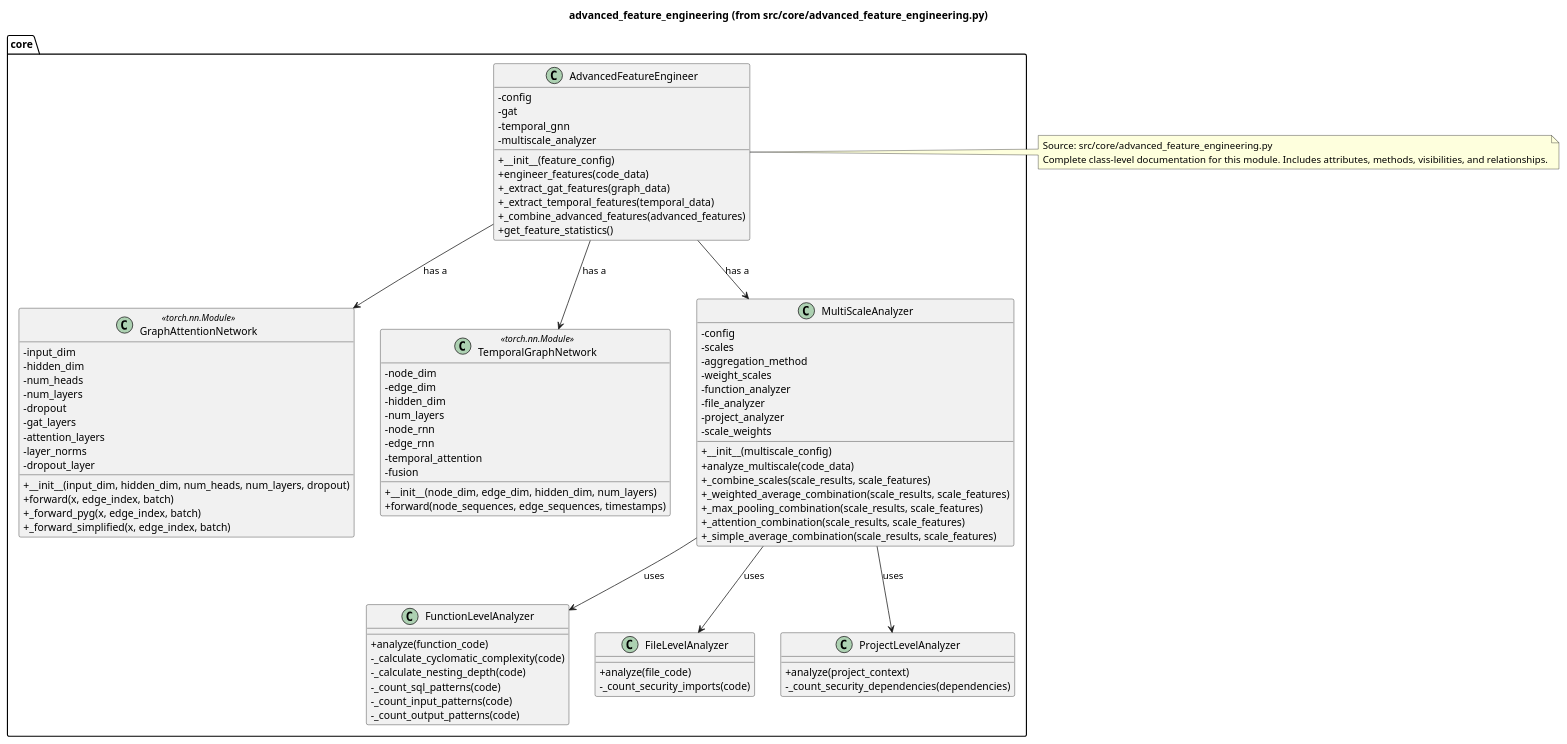
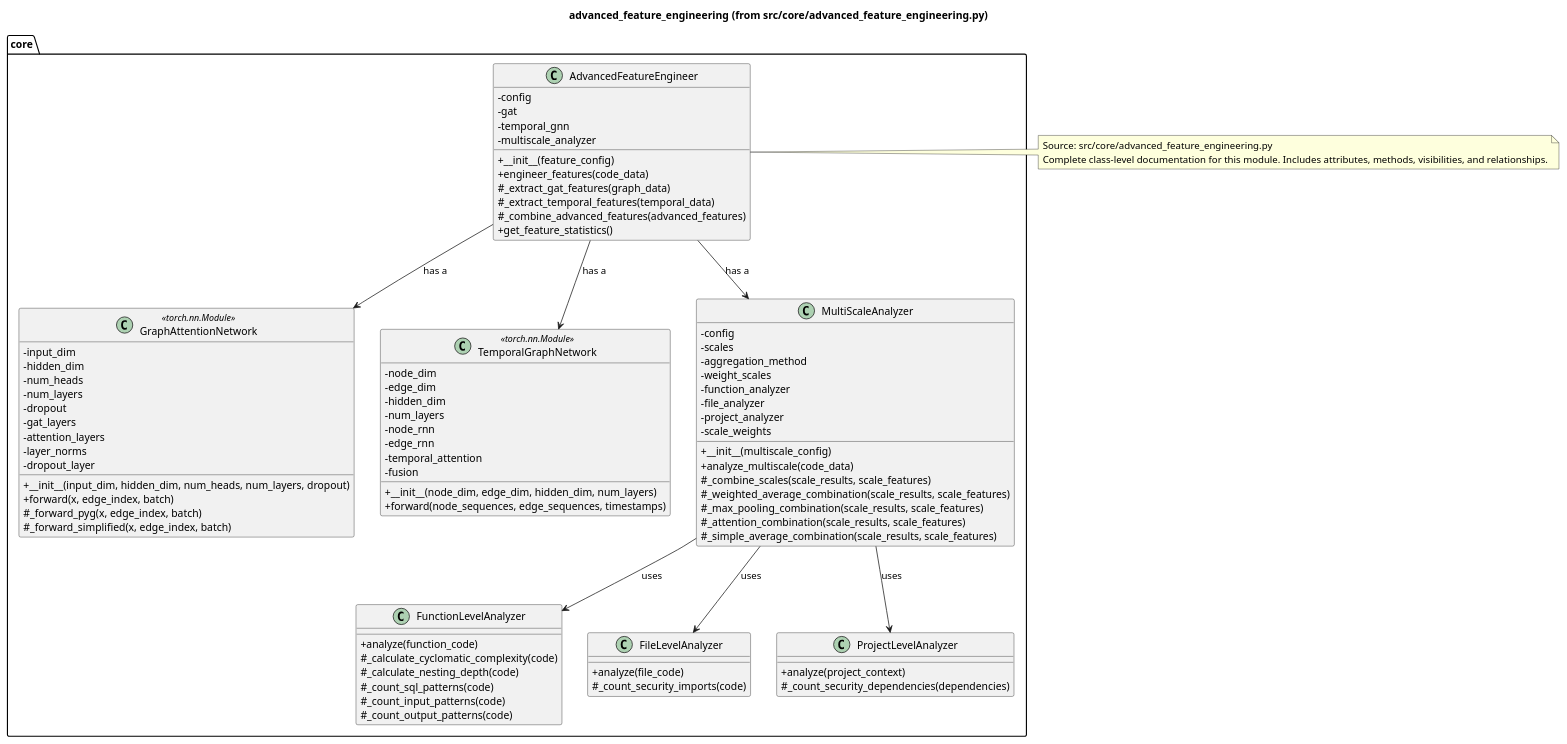
The diagram in docs/UML/Source/core/advanced_feature_engineering.puml (scweeks/bean_vulnerable), drawn with PlantUML before and after one commit. The commit also changed 5 other files, not shown here.

```diff
--- a/docs/UML/Source/core/advanced_feature_engineering.puml
+++ b/docs/UML/Source/core/advanced_feature_engineering.puml
@@ -1,98 +1,98 @@
 @startuml advanced_feature_engineering
 title advanced_feature_engineering (from src/core/advanced_feature_engineering.py)
 skinparam classAttributeIconSize 0
 
 package core {
   class GraphAttentionNetwork <<torch.nn.Module>> {
     - input_dim
     - hidden_dim
     - num_heads
     - num_layers
     - dropout
     - gat_layers
     - attention_layers
     - layer_norms
     - dropout_layer
     + __init__(input_dim, hidden_dim, num_heads, num_layers, dropout)
     + forward(x, edge_index, batch)
-    + _forward_pyg(x, edge_index, batch)
-    + _forward_simplified(x, edge_index, batch)
+    # _forward_pyg(x, edge_index, batch)
+    # _forward_simplified(x, edge_index, batch)
   }
 
   class TemporalGraphNetwork <<torch.nn.Module>> {
     - node_dim
     - edge_dim
     - hidden_dim
     - num_layers
     - node_rnn
     - edge_rnn
     - temporal_attention
     - fusion
     + __init__(node_dim, edge_dim, hidden_dim, num_layers)
     + forward(node_sequences, edge_sequences, timestamps)
   }
 
   class MultiScaleAnalyzer {
     - config
     - scales
     - aggregation_method
     - weight_scales
     - function_analyzer
     - file_analyzer
     - project_analyzer
     - scale_weights
     + __init__(multiscale_config)
     + analyze_multiscale(code_data)
-    + _combine_scales(scale_results, scale_features)
-    + _weighted_average_combination(scale_results, scale_features)
-    + _max_pooling_combination(scale_results, scale_features)
-    + _attention_combination(scale_results, scale_features)
-    + _simple_average_combination(scale_results, scale_features)
+    # _combine_scales(scale_results, scale_features)
+    # _weighted_average_combination(scale_results, scale_features)
+    # _max_pooling_combination(scale_results, scale_features)
+    # _attention_combination(scale_results, scale_features)
+    # _simple_average_combination(scale_results, scale_features)
   }
 
   class FunctionLevelAnalyzer {
     + analyze(function_code)
-    - _calculate_cyclomatic_complexity(code)
-    - _calculate_nesting_depth(code)
-    - _count_sql_patterns(code)
-    - _count_input_patterns(code)
-    - _count_output_patterns(code)
+    # _calculate_cyclomatic_complexity(code)
+    # _calculate_nesting_depth(code)
+    # _count_sql_patterns(code)
+    # _count_input_patterns(code)
+    # _count_output_patterns(code)
   }
 
   class FileLevelAnalyzer {
     + analyze(file_code)
-    - _count_security_imports(code)
+    # _count_security_imports(code)
   }
 
   class ProjectLevelAnalyzer {
     + analyze(project_context)
-    - _count_security_dependencies(dependencies)
+    # _count_security_dependencies(dependencies)
   }
 
   class AdvancedFeatureEngineer {
     - config
     - gat
     - temporal_gnn
     - multiscale_analyzer
     + __init__(feature_config)
     + engineer_features(code_data)
-    + _extract_gat_features(graph_data)
-    + _extract_temporal_features(temporal_data)
-    + _combine_advanced_features(advanced_features)
+    # _extract_gat_features(graph_data)
+    # _extract_temporal_features(temporal_data)
+    # _combine_advanced_features(advanced_features)
     + get_feature_statistics()
   }
 }
 
 ' Relationships
 AdvancedFeatureEngineer --> GraphAttentionNetwork : has a
 AdvancedFeatureEngineer --> TemporalGraphNetwork : has a
 AdvancedFeatureEngineer --> MultiScaleAnalyzer : has a
 MultiScaleAnalyzer --> FunctionLevelAnalyzer : uses
 MultiScaleAnalyzer --> FileLevelAnalyzer : uses
 MultiScaleAnalyzer --> ProjectLevelAnalyzer : uses
 
 note right of AdvancedFeatureEngineer
 Source: src/core/advanced_feature_engineering.py
 Complete class-level documentation for this module. Includes attributes, methods, visibilities, and relationships.
 end note
 @enduml
```
